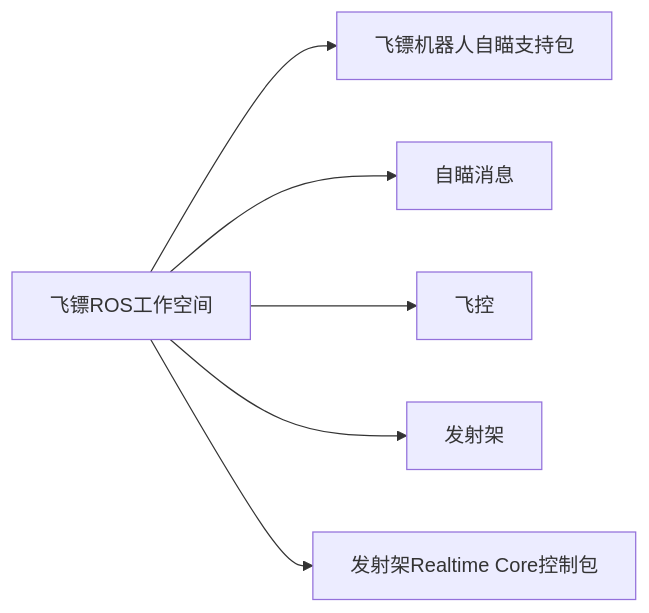
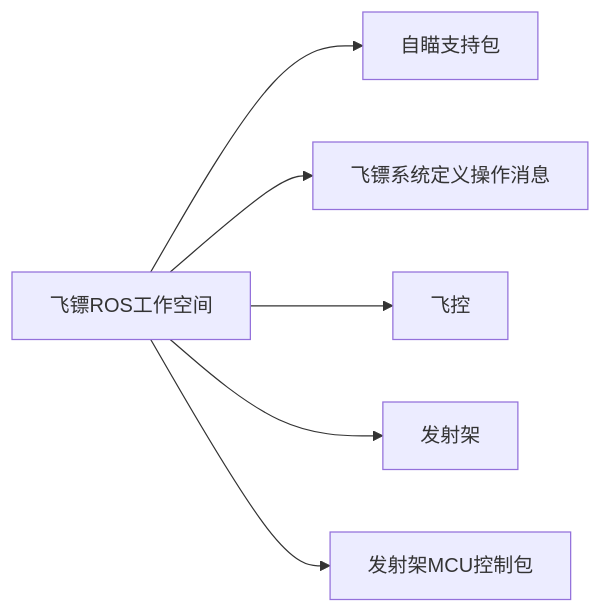
One commit to CodeMax-aaaaa/dart-ros2-workspace changed the diagram in README.md. Above: the diagram before and after it, drawn with Mermaid. The commit also changed other lines of this file and 28 other files, not shown here.

````diff
--- a/README.md
+++ b/README.md
@@ -4,8 +4,8 @@
 ```mermaid
 graph LR
-    A[飞镖ROS工作空间] --> B[飞镖机器人自瞄支持包]
-    A --> C[自瞄消息]
+    A[飞镖ROS工作空间] --> B[自瞄支持包]
+    A --> C[飞镖系统定义操作消息]
     A --> D[飞控]
     A --> E[发射架]
-    A --> F[发射架Realtime Core控制包]
+    A --> F[发射架MCU控制包]
 ```
````
